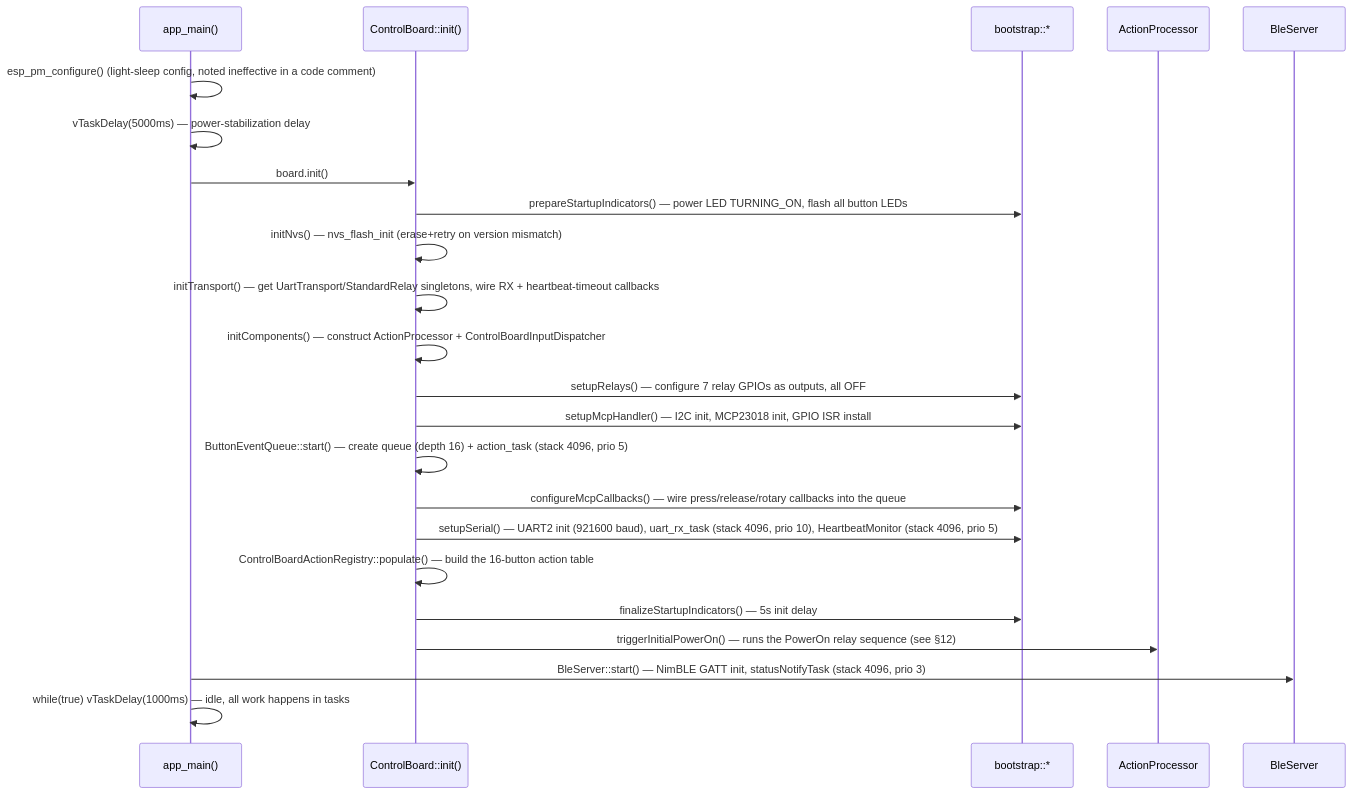
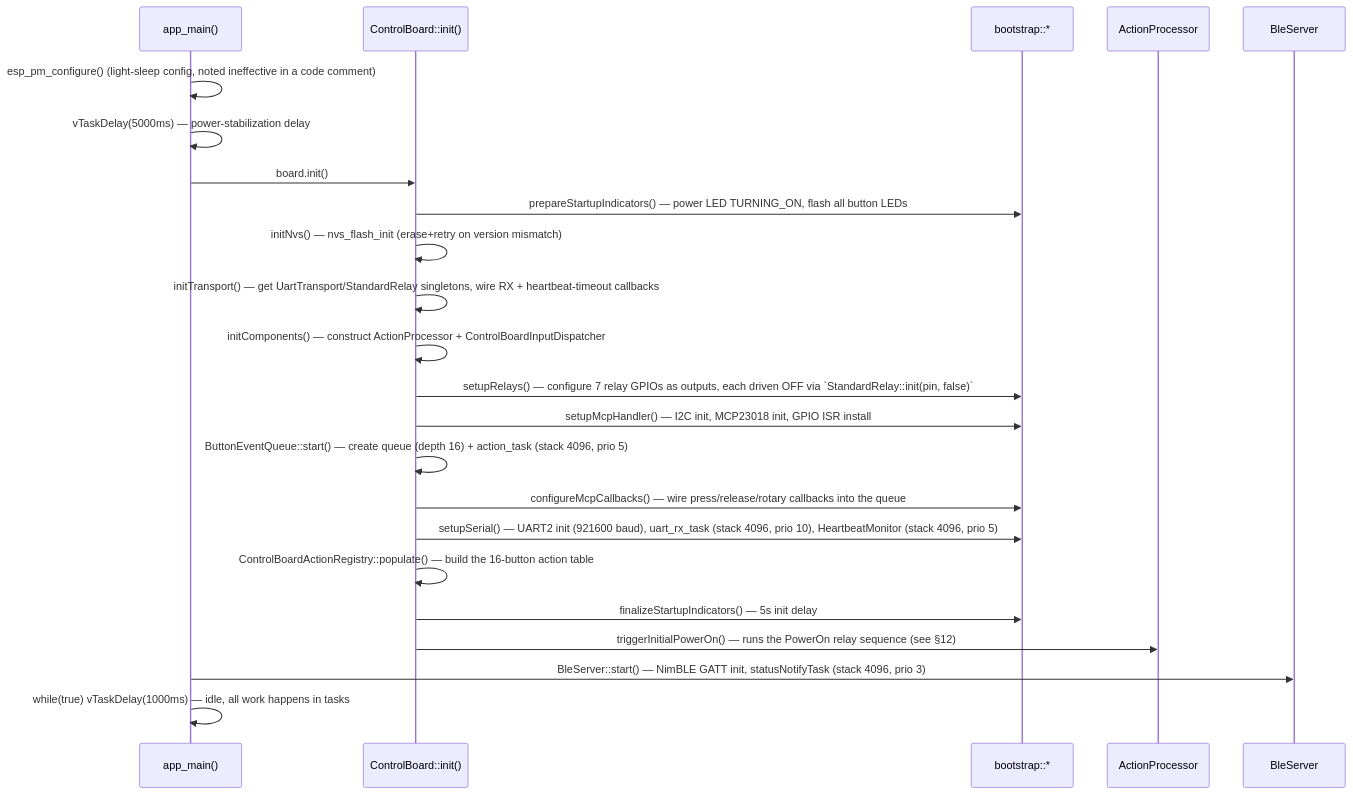
The second of 5 diagrams in docs/03-esp32-developer-guide.md (AnthonyLRoy/TinyControlBoard), drawn with Mermaid before and after one commit. The commit also changed other lines of this file and 41 other files, not shown here.

First line of the commit message:
Feature/fix relays setup (#29)

````diff
--- a/docs/03-esp32-developer-guide.md
+++ b/docs/03-esp32-developer-guide.md
@@ -78,26 +78,26 @@
 ```mermaid
 sequenceDiagram
     participant Main as app_main()
     participant CB as ControlBoard::init()
     participant BS as bootstrap::*
     participant AP as ActionProcessor
     participant BLE as BleServer
 
     Main->>Main: esp_pm_configure() (light-sleep config, noted ineffective in a code comment)
     Main->>Main: vTaskDelay(5000ms) — power-stabilization delay
     Main->>CB: board.init()
     CB->>BS: prepareStartupIndicators() — power LED TURNING_ON, flash all button LEDs
     CB->>CB: initNvs() — nvs_flash_init (erase+retry on version mismatch)
     CB->>CB: initTransport() — get UartTransport/StandardRelay singletons, wire RX + heartbeat-timeout callbacks
     CB->>CB: initComponents() — construct ActionProcessor + ControlBoardInputDispatcher
-    CB->>BS: setupRelays() — configure 7 relay GPIOs as outputs, all OFF
+    CB->>BS: setupRelays() — configure 7 relay GPIOs as outputs, each driven OFF via `StandardRelay::init(pin, false)`
     CB->>BS: setupMcpHandler() — I2C init, MCP23018 init, GPIO ISR install
     CB->>CB: ButtonEventQueue::start() — create queue (depth 16) + action_task (stack 4096, prio 5)
     CB->>BS: configureMcpCallbacks() — wire press/release/rotary callbacks into the queue
     CB->>BS: setupSerial() — UART2 init (921600 baud), uart_rx_task (stack 4096, prio 10), HeartbeatMonitor (stack 4096, prio 5)
     CB->>CB: ControlBoardActionRegistry::populate() — build the 16-button action table
     CB->>BS: finalizeStartupIndicators() — 5s init delay
     CB->>AP: triggerInitialPowerOn() — runs the PowerOn relay sequence (see §12)
     Main->>BLE: BleServer::start() — NimBLE GATT init, statusNotifyTask (stack 4096, prio 3)
     Main->>Main: while(true) vTaskDelay(1000ms) — idle, all work happens in tasks
 ```
````
